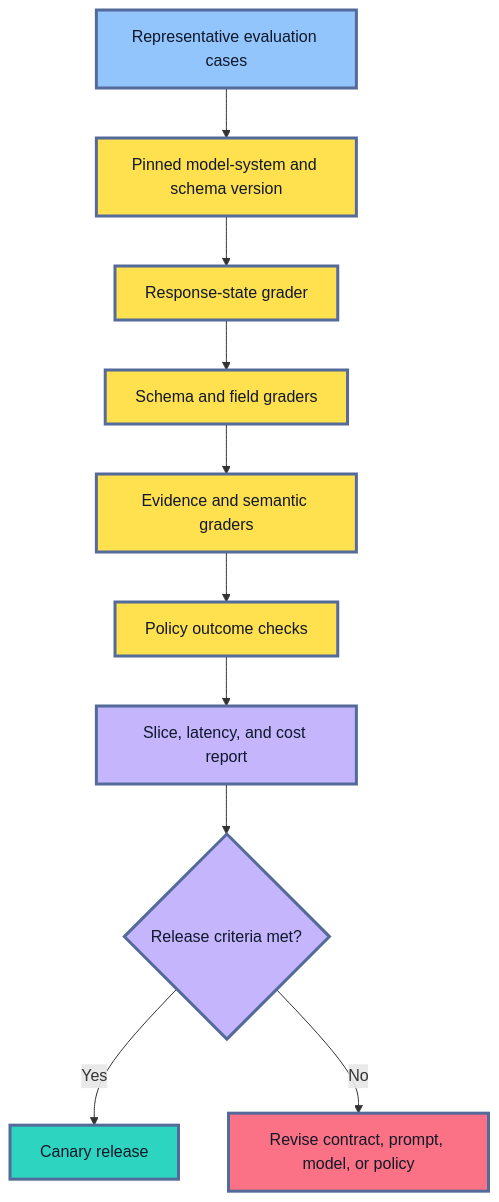
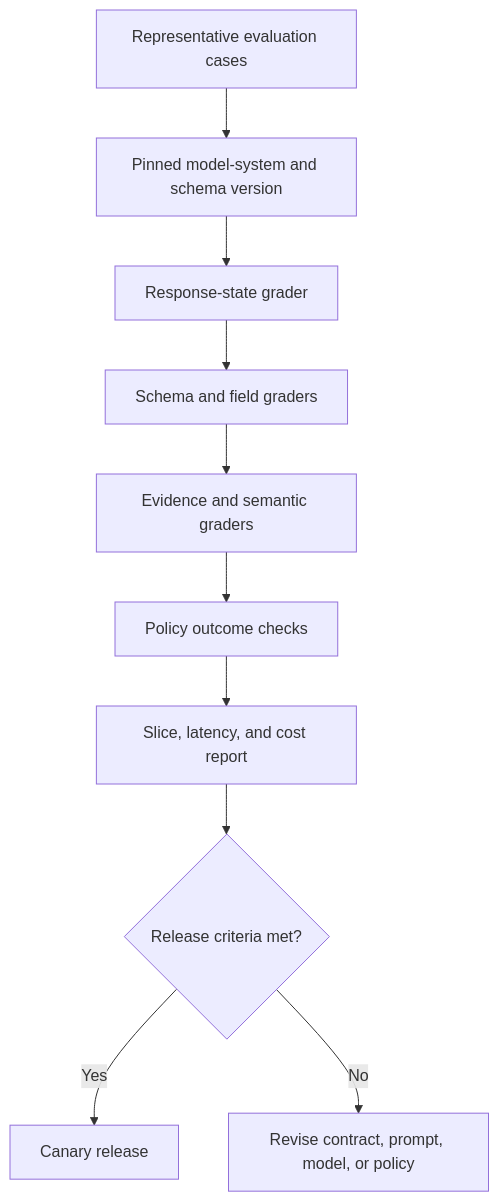
One commit to senlinyy/dev-roadmaps changed the ninth of 9 diagrams in roadmaps/mlops/modules/llmops/llm-app-foundations/02-structured-outputs.md. Above: the diagram before and after it, drawn with Mermaid. The commit also changed other lines of this file and 152 other files, not shown here.

Commit message:
feat: mlops and diagrams updated

````diff
--- a/roadmaps/mlops/modules/llmops/llm-app-foundations/02-structured-outputs.md
+++ b/roadmaps/mlops/modules/llmops/llm-app-foundations/02-structured-outputs.md
@@ -545,23 +523,18 @@
 ```mermaid
 flowchart TD
     A["Representative evaluation cases"] --> B["Pinned model-system and schema version"]
     B --> C["Response-state grader"]
     C --> D["Schema and field graders"]
     D --> E["Evidence and semantic graders"]
     E --> F["Policy outcome checks"]
     F --> G["Slice, latency, and cost report"]
     G --> H{"Release criteria met?"}
     H -->|"Yes"| I["Canary release"]
     H -->|"No"| J["Revise contract, prompt, model, or policy"]
 
-    classDef input fill:#93C5FD,stroke:#536A9A,stroke-width:3px,color:#0F172A
-    classDef test fill:#FFE04F,stroke:#536A9A,stroke-width:3px,color:#111827
-    classDef report fill:#C4B5FD,stroke:#536A9A,stroke-width:3px,color:#0F172A
-    classDef good fill:#2DD4BF,stroke:#536A9A,stroke-width:3px,color:#0F172A
-    classDef stop fill:#FB7185,stroke:#536A9A,stroke-width:3px,color:#111827
     class A input
     class B,C,D,E,F test
     class G,H report
     class I good
     class J stop
 ```
````
